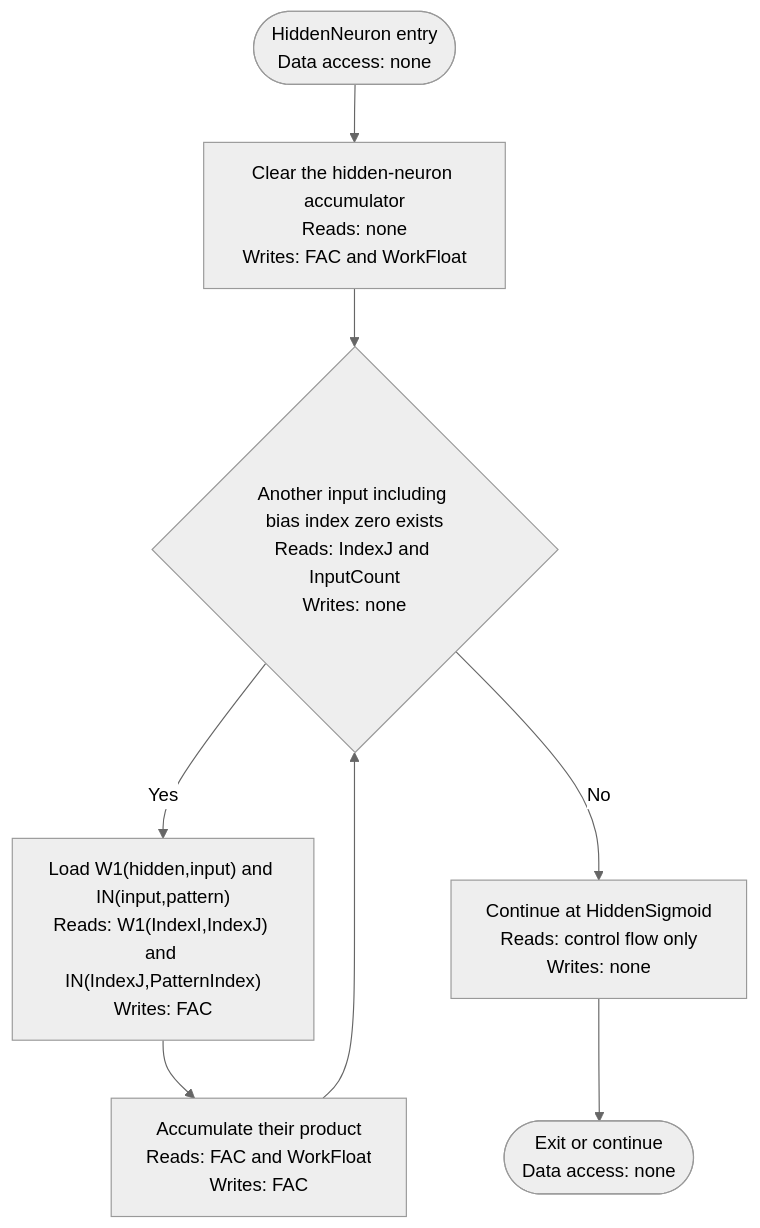
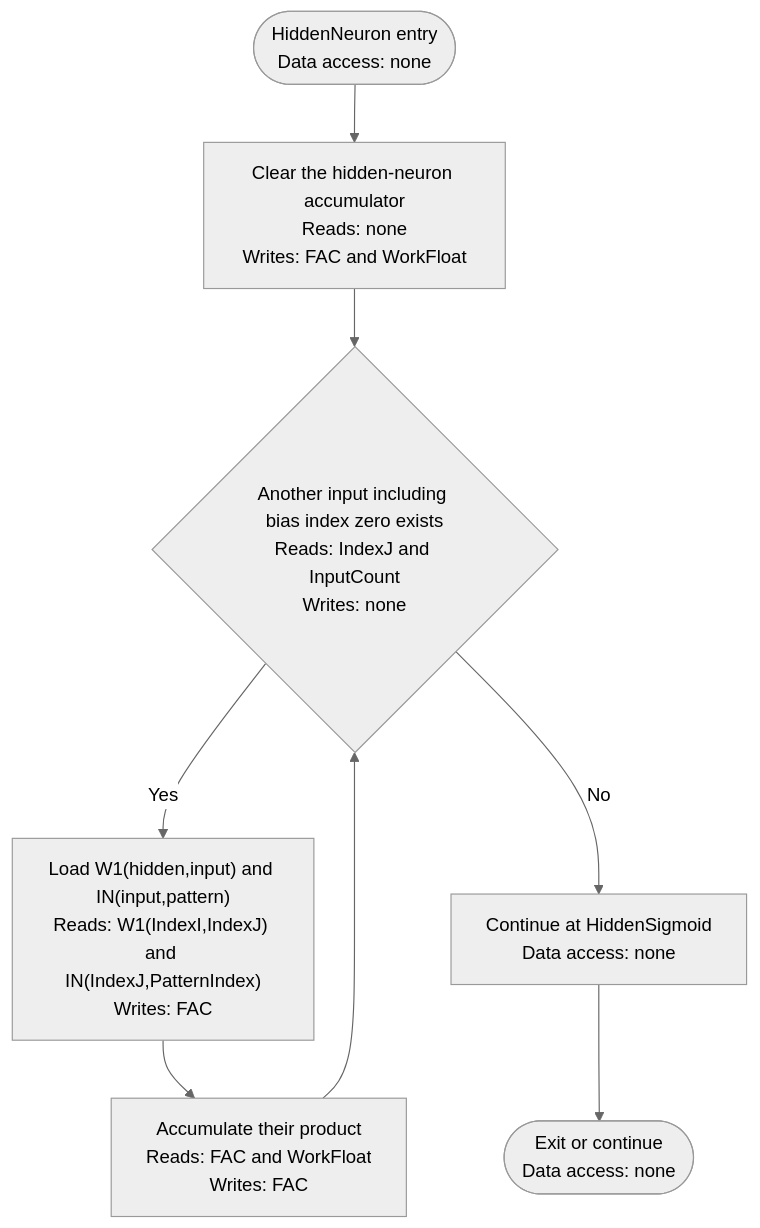
Before and after one commit to sharpninja/NeuralNetworks: diagram 22 of 51 in docs/Diagrams/BP-ML-Activity-Diagrams.md, drawn with Mermaid (neutral theme). The commit also changed other lines of this file and 10 other files, not shown here.

````diff
--- a/docs/Diagrams/BP-ML-Activity-Diagrams.md
+++ b/docs/Diagrams/BP-ML-Activity-Diagrams.md
@@ -531,10 +572,10 @@
 ```mermaid
 flowchart TD
     A(["HiddenNeuron entry<br/>Data access: none"]) --> B["Clear the hidden-neuron accumulator<br/>Reads: none<br/>Writes: FAC and WorkFloat"]
     B --> C{"Another input including bias index zero exists<br/>Reads: IndexJ and InputCount<br/>Writes: none"}
     C -- Yes --> D["Load W1(hidden,input) and IN(input,pattern)<br/>Reads: W1(IndexI,IndexJ) and IN(IndexJ,PatternIndex)<br/>Writes: FAC"]
     D --> E["Accumulate their product<br/>Reads: FAC and WorkFloat<br/>Writes: FAC"]
     E --> C
-    C -- No --> F["Continue at HiddenSigmoid<br/>Reads: control flow only<br/>Writes: none"]
+    C -- No --> F["Continue at HiddenSigmoid<br/>Data access: none"]
     F --> Z(["Exit or continue<br/>Data access: none"])
 ```
````
